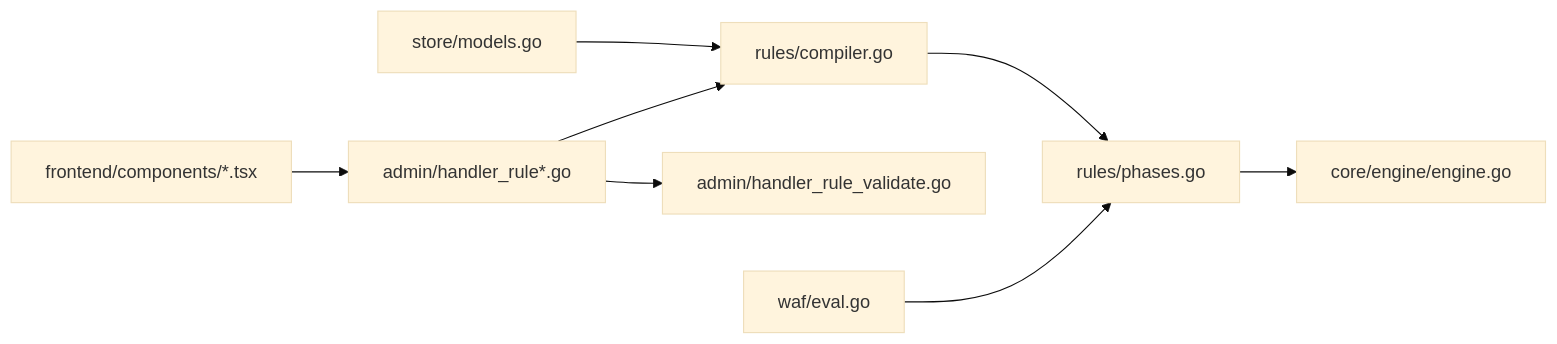
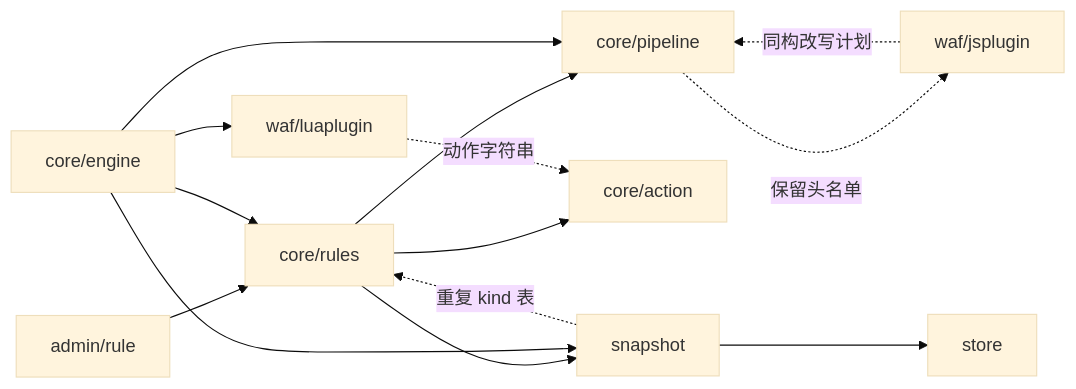
Before and after one commit to x01n/My-OpenWaf: the fifth of 5 diagrams in docs/扩展与插件系统/规则引擎扩展/规则引擎扩展.md, drawn with Mermaid (base theme). The commit also changed other lines of this file and 622 other files, not shown here.

````diff
--- a/docs/扩展与插件系统/规则引擎扩展/规则引擎扩展.md
+++ b/docs/扩展与插件系统/规则引擎扩展/规则引擎扩展.md
@@ -381,10 +511,16 @@
 ```mermaid
 graph LR
-Store["store/models.go"] --> Compiler["rules/compiler.go"]
-Compiler --> Phases["rules/phases.go"]
-Phases --> Engine["core/engine/engine.go"]
-AdminAPI["admin/handler_rule*.go"] --> Compiler
-AdminAPI --> Validator["admin/handler_rule_validate.go"]
-Front["frontend/components/*.tsx"] --> AdminAPI
-WAFEval["waf/eval.go"] --> Phases
+ADMIN["admin/rule"] --> RULES["core/rules"]
+RULES --> PIPE["core/pipeline"]
+RULES --> ACT["core/action"]
+RULES --> SNAP["snapshot"]
+ENG["core/engine"] --> RULES
+ENG --> PIPE
+ENG --> SNAP
+ENG --> LUAP["waf/luaplugin"]
+SNAP --> STORE["store"]
+SNAP -.->|"重复 kind 表"| RULES
+JSP["waf/jsplugin"] -.->|"同构改写计划"| PIPE
+LUAP -.->|"动作字符串"| ACT
+PIPE -.->|"保留头名单"| JSP
 ```
````
